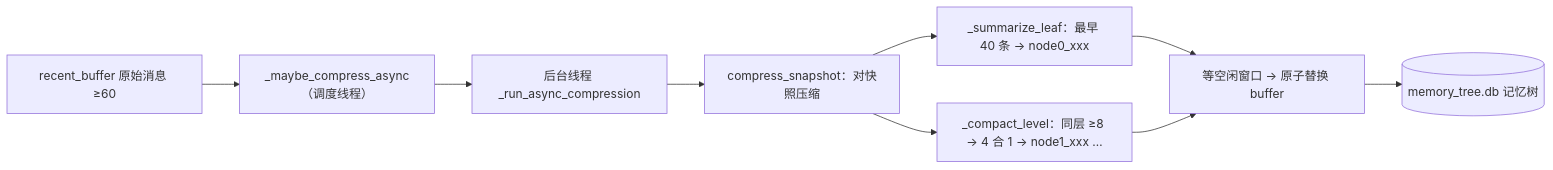
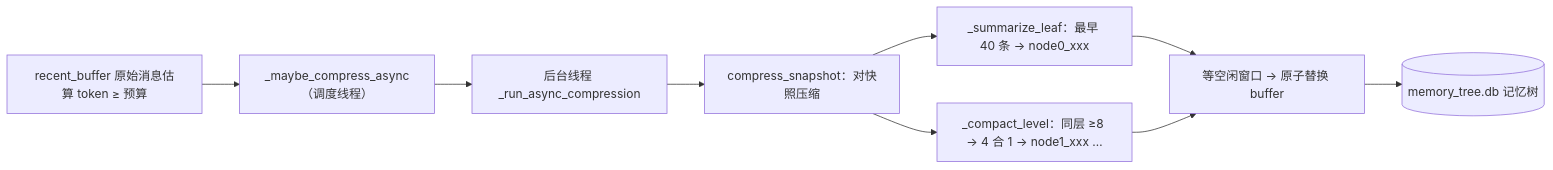
Before and after one commit to bgx666/DesktopAssistant: the third of 3 diagrams in docs/tour.md, drawn with Mermaid. The commit also changed other lines of this file and 64 other files, not shown here.

````diff
--- a/docs/tour.md
+++ b/docs/tour.md
@@ -108,11 +111,11 @@
 ```mermaid
 flowchart LR
-    B["recent_buffer 原始消息 ≥60"] --> M["_maybe_compress_async（调度线程）"]
+    B["recent_buffer 原始消息估算 token ≥ 预算"] --> M["_maybe_compress_async（调度线程）"]
     M --> W["后台线程 _run_async_compression"]
     W --> S["compress_snapshot：对快照压缩"]
     S --> L["_summarize_leaf：最早 40 条 → node0_xxx"]
     S --> P["_compact_level：同层 ≥8 → 4 合 1 → node1_xxx …"]
     L --> R["等空闲窗口 → 原子替换 buffer"]
     P --> R
     R --> DB[("memory_tree.db 记忆树")]
 ```
````
